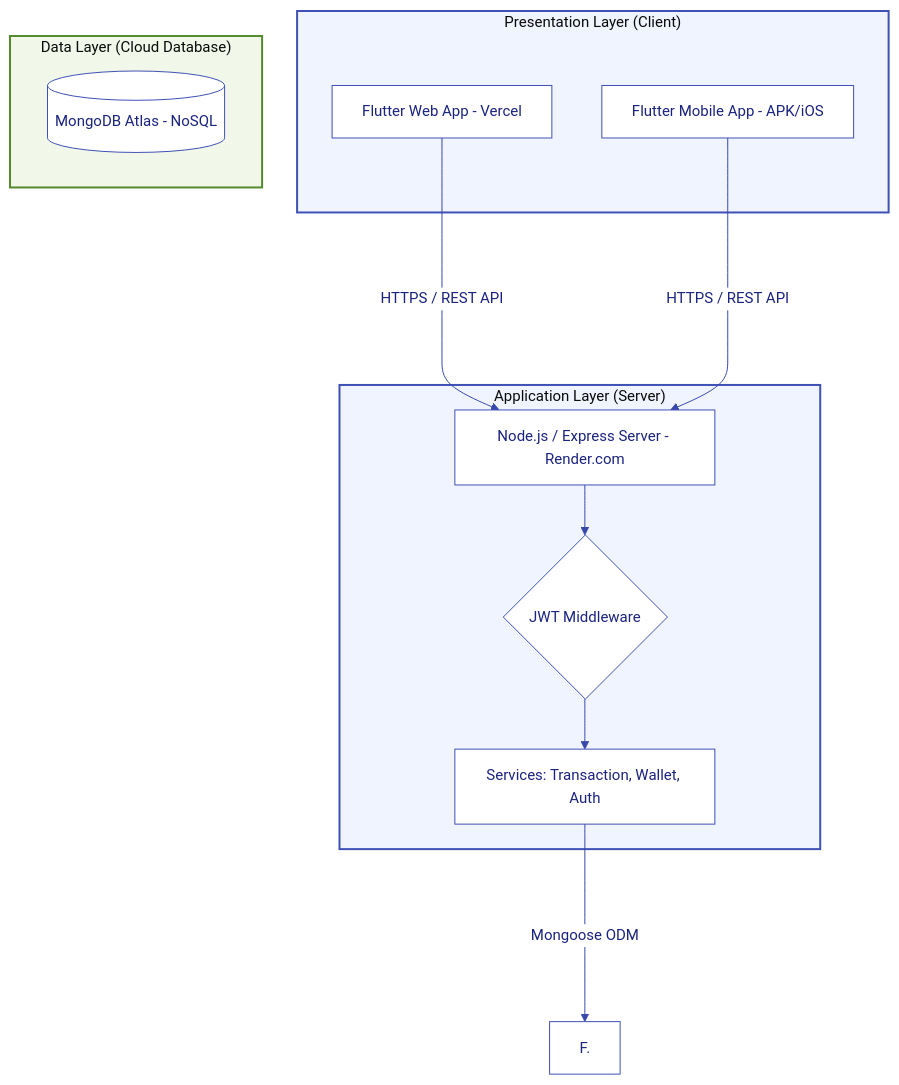
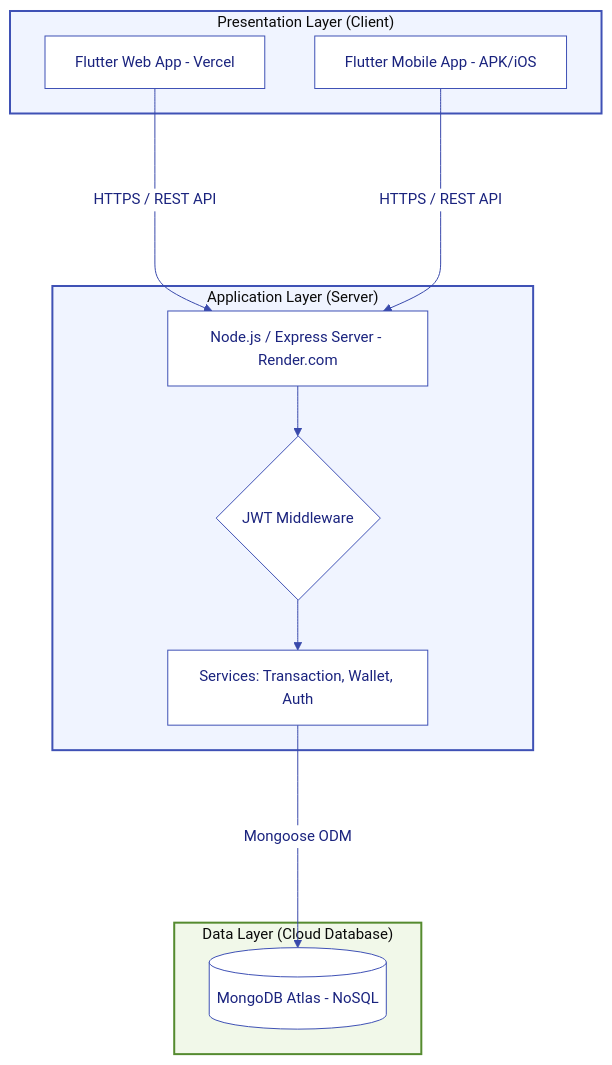
Before and after one commit to Minh08012005/SmartSpender: the diagram in docs/diagrams/shared/3_tier.md, drawn with Mermaid.

Commit message:
Fix formatting of Mongoose ODM connection line

````diff
--- a/docs/diagrams/shared/3_tier.md
+++ b/docs/diagrams/shared/3_tier.md
@@ -3,46 +3,46 @@
 ```mermaid
 %%{init: {
     'theme': 'base',
     'themeVariables': {
         'primaryColor': '#e8eaf6',
         'primaryTextColor': '#1a237e',
         'primaryBorderColor': '#3f51b5',
         'lineColor': '#3949ab',
         'secondaryColor': '#ffffff',
         'tertiaryColor': '#f5f5f5',
         'mainBkg': '#ffffff',
         'nodeBorder': '#3f51b5',
         'clusterBkg': '#fafafa',
         'clusterBorder': '#7986cb',
         'fontSize': '15px'
     }
 }}%%
 
 graph TD
     subgraph Presentation_Layer ["Presentation Layer (Client)"]
         A[Flutter Web App - Vercel]
         B[Flutter Mobile App - APK/iOS]
     end
 
     subgraph Application_Layer ["Application Layer (Server)"]
         C[Node.js / Express Server - Render.com]
         D{JWT Middleware}
         E[Services: Transaction, Wallet, Auth]
     end
 
     subgraph Data_Layer ["Data Layer (Cloud Database)"]
         F[(MongoDB Atlas - NoSQL)]
     end
 
     %% Kết nối luồng
     A & B ---->|HTTPS / REST API| C
     C --> D
     D --> E
-    E ---->|Mongoose ODM| F.
+    E ---->|Mongoose ODM| F
 
     %% Định dạng màu sắc bổ sung cho trực quan
     style Presentation_Layer fill:#f0f4ff,stroke:#3f51b5,stroke-width:2px
     style Application_Layer fill:#f0f4ff,stroke:#3f51b5,stroke-width:2px
     style Data_Layer fill:#f1f8e9,stroke:#558b2f,stroke-width:2px
     style F fill:#ffffff,stroke:#
 ```
````
